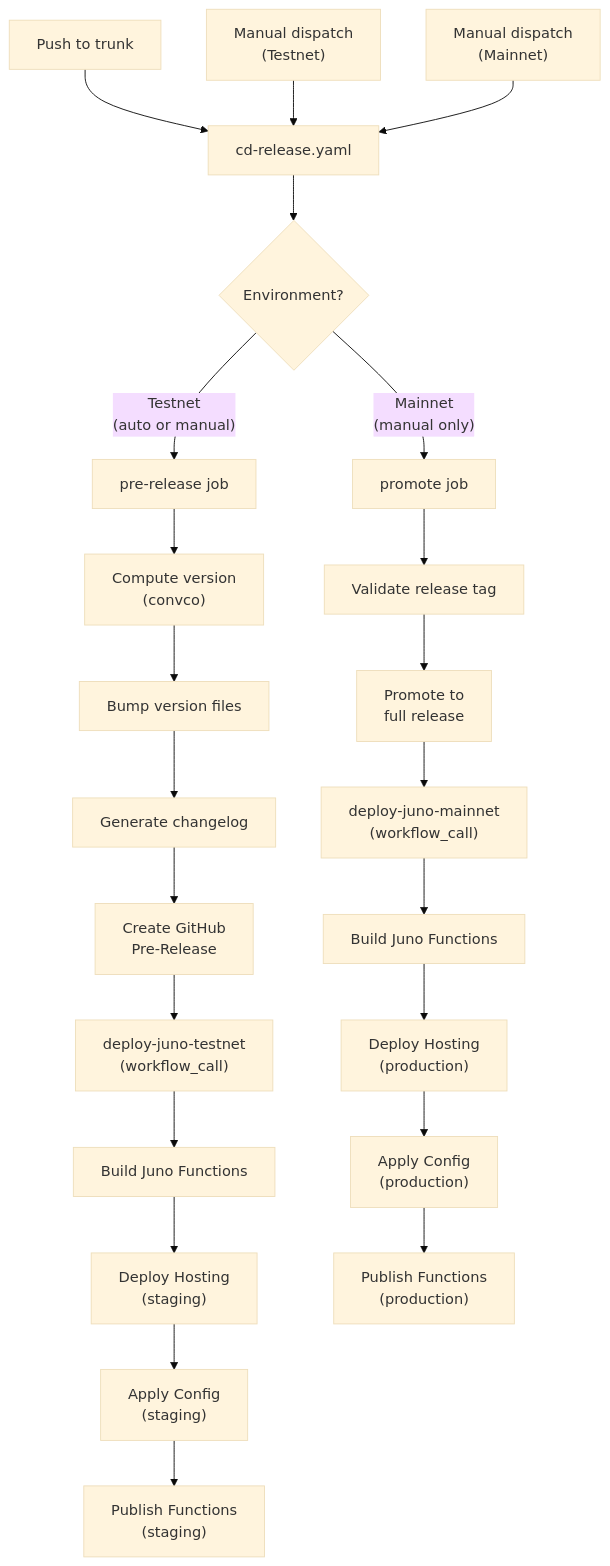
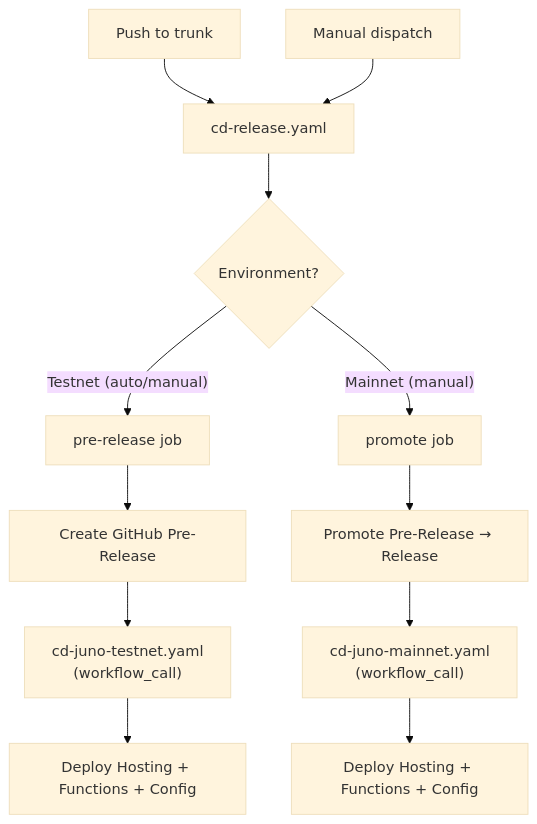
One commit to tresr-community/tresr-game changed the first of 2 diagrams in docs/ci-cd.md. Above: the diagram before and after it, drawn with Mermaid (base theme). The commit also changed other lines of this file and 16 other files, not shown here.

````diff
--- a/docs/ci-cd.md
+++ b/docs/ci-cd.md
@@ -10,31 +5,18 @@
 ```mermaid
-flowchart TD
+graph TD
     A["Push to trunk"] --> B["cd-release.yaml"]
-    C["Manual dispatch<br/>(Testnet)"] --> B
-    D["Manual dispatch<br/>(Mainnet)"] --> B
+    C["Manual dispatch"] --> B
 
-    B --> E{"Environment?"}
+    B --> D{"Environment?"}
+    D -->|"Testnet (auto/manual)"| E["pre-release job"]
+    D -->|"Mainnet (manual)"| F["promote job"]
 
-    E -->|"Testnet<br/>(auto or manual)"| F["pre-release job"]
-    E -->|"Mainnet<br/>(manual only)"| G["promote job"]
+    E --> G["Create GitHub Pre-Release"]
+    G --> H["cd-juno-testnet.yaml<br/>(workflow_call)"]
 
-    F --> F1["Compute version<br/>(convco)"]
-    F1 --> F2["Bump version files"]
-    F2 --> F3["Generate changelog"]
-    F3 --> F4["Create GitHub<br/>Pre-Release"]
-    F4 --> H["deploy-juno-testnet<br/>(workflow_call)"]
+    F --> I["Promote Pre-Release → Release"]
+    I --> J["cd-juno-mainnet.yaml<br/>(workflow_call)"]
 
-    G --> G1["Validate release tag"]
-    G1 --> G2["Promote to<br/>full release"]
-    G2 --> I["deploy-juno-mainnet<br/>(workflow_call)"]
-
-    H --> H1["Build Juno Functions"]
-    H1 --> H2["Deploy Hosting<br/>(staging)"]
-    H2 --> H3["Apply Config<br/>(staging)"]
-    H3 --> H4["Publish Functions<br/>(staging)"]
-
-    I --> I1["Build Juno Functions"]
-    I1 --> I2["Deploy Hosting<br/>(production)"]
-    I2 --> I3["Apply Config<br/>(production)"]
-    I3 --> I4["Publish Functions<br/>(production)"]
+    H --> K["Deploy Hosting + Functions + Config"]
+    J --> L["Deploy Hosting + Functions + Config"]
 ```
````
